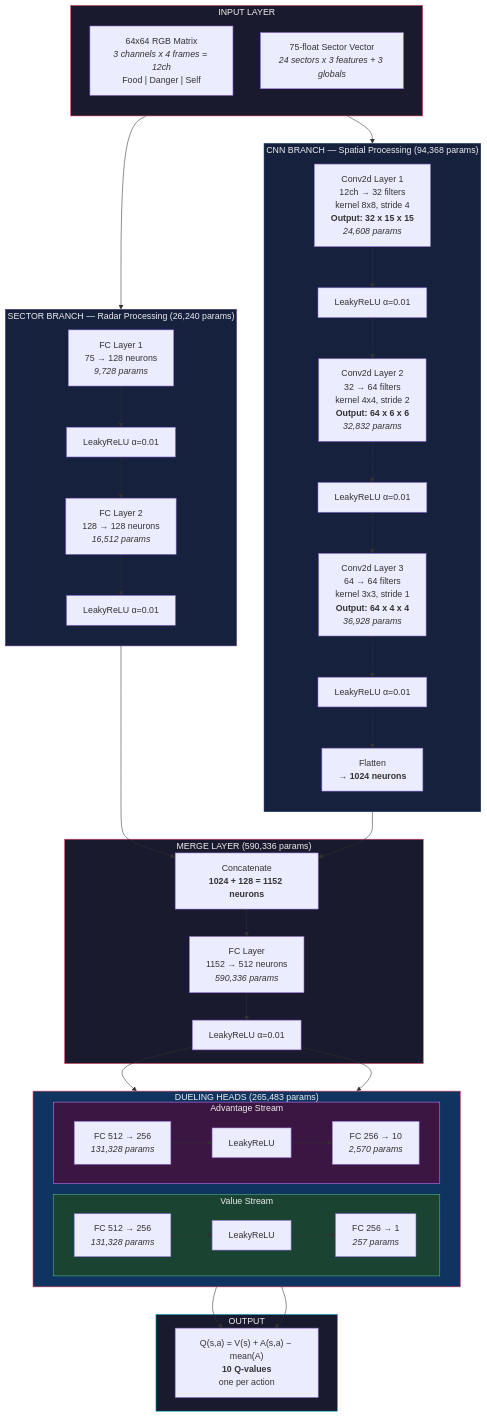
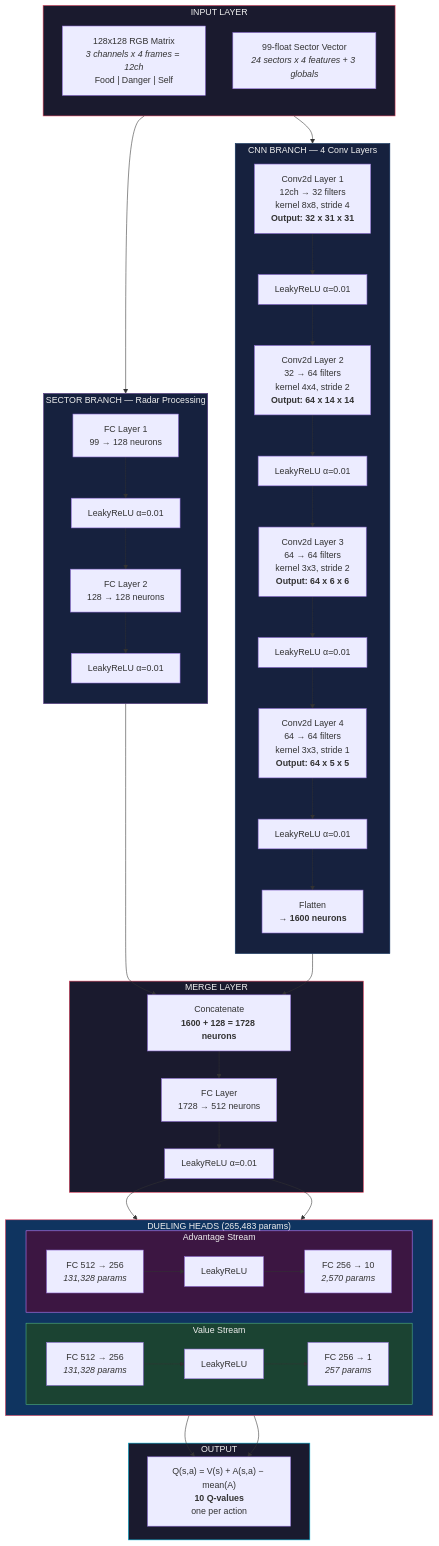
The first of 3 diagrams in gen2/README.md (dzaczek/slbot), drawn with Mermaid before and after one commit. The commit also changed other lines of this file and 11 other files, not shown here.

````diff
--- a/gen2/README.md
+++ b/gen2/README.md
@@ -28,77 +28,79 @@
 ```mermaid
 graph TB
     subgraph INPUT ["INPUT LAYER"]
         direction TB
-        M["64x64 RGB Matrix<br/><i>3 channels x 4 frames = 12ch</i><br/>Food | Danger | Self"]
-        S["75-float Sector Vector<br/><i>24 sectors x 3 features + 3 globals</i>"]
+        M["128x128 RGB Matrix<br/><i>3 channels x 4 frames = 12ch</i><br/>Food | Danger | Self"]
+        S["99-float Sector Vector<br/><i>24 sectors x 4 features + 3 globals</i>"]
     end
 
-    subgraph CNN ["CNN BRANCH — Spatial Processing (94,368 params)"]
+    subgraph CNN ["CNN BRANCH — 4 Conv Layers"]
         direction TB
-        C1["Conv2d Layer 1<br/>12ch → 32 filters<br/>kernel 8x8, stride 4<br/><b>Output: 32 x 15 x 15</b><br/><i>24,608 params</i>"]
+        C1["Conv2d Layer 1<br/>12ch → 32 filters<br/>kernel 8x8, stride 4<br/><b>Output: 32 x 31 x 31</b>"]
         A1["LeakyReLU α=0.01"]
-        C2["Conv2d Layer 2<br/>32 → 64 filters<br/>kernel 4x4, stride 2<br/><b>Output: 64 x 6 x 6</b><br/><i>32,832 params</i>"]
+        C2["Conv2d Layer 2<br/>32 → 64 filters<br/>kernel 4x4, stride 2<br/><b>Output: 64 x 14 x 14</b>"]
         A2["LeakyReLU α=0.01"]
-        C3["Conv2d Layer 3<br/>64 → 64 filters<br/>kernel 3x3, stride 1<br/><b>Output: 64 x 4 x 4</b><br/><i>36,928 params</i>"]
+        C3["Conv2d Layer 3<br/>64 → 64 filters<br/>kernel 3x3, stride 2<br/><b>Output: 64 x 6 x 6</b>"]
         A3["LeakyReLU α=0.01"]
-        FL["Flatten<br/><b>→ 1024 neurons</b>"]
+        C4["Conv2d Layer 4<br/>64 → 64 filters<br/>kernel 3x3, stride 1<br/><b>Output: 64 x 5 x 5</b>"]
+        A4["LeakyReLU α=0.01"]
+        FL["Flatten<br/><b>→ 1600 neurons</b>"]
 
-        C1 --> A1 --> C2 --> A2 --> C3 --> A3 --> FL
+        C1 --> A1 --> C2 --> A2 --> C3 --> A3 --> C4 --> A4 --> FL
     end
 
-    subgraph SEC ["SECTOR BRANCH — Radar Processing (26,240 params)"]
+    subgraph SEC ["SECTOR BRANCH — Radar Processing"]
         direction TB
-        S1["FC Layer 1<br/>75 → 128 neurons<br/><i>9,728 params</i>"]
+        S1["FC Layer 1<br/>99 → 128 neurons"]
         SA1["LeakyReLU α=0.01"]
-        S2["FC Layer 2<br/>128 → 128 neurons<br/><i>16,512 params</i>"]
+        S2["FC Layer 2<br/>128 → 128 neurons"]
         SA2["LeakyReLU α=0.01"]
 
         S1 --> SA1 --> S2 --> SA2
     end
 
-    subgraph MERGE ["MERGE LAYER (590,336 params)"]
-        CAT["Concatenate<br/><b>1024 + 128 = 1152 neurons</b>"]
-        MFC["FC Layer<br/>1152 → 512 neurons<br/><i>590,336 params</i>"]
+    subgraph MERGE ["MERGE LAYER"]
+        CAT["Concatenate<br/><b>1600 + 128 = 1728 neurons</b>"]
+        MFC["FC Layer<br/>1728 → 512 neurons"]
         MA["LeakyReLU α=0.01"]
 
         CAT --> MFC --> MA
     end
 
     subgraph DUELING ["DUELING HEADS (265,483 params)"]
         direction LR
         subgraph VAL ["Value Stream"]
             VFC1["FC 512 → 256<br/><i>131,328 params</i>"]
             VA1["LeakyReLU"]
             VFC2["FC 256 → 1<br/><i>257 params</i>"]
             VFC1 --> VA1 --> VFC2
         end
         subgraph ADV ["Advantage Stream"]
             AFC1["FC 512 → 256<br/><i>131,328 params</i>"]
             AA1["LeakyReLU"]
             AFC2["FC 256 → 10<br/><i>2,570 params</i>"]
             AFC1 --> AA1 --> AFC2
         end
     end
 
     subgraph OUTPUT ["OUTPUT"]
         COMBINE["Q(s,a) = V(s) + A(s,a) − mean(A)<br/><b>10 Q-values</b><br/>one per action"]
     end
 
     M --> C1
     S --> S1
     FL --> CAT
     SA2 --> CAT
     MA --> VFC1
     MA --> AFC1
     VFC2 --> COMBINE
     AFC2 --> COMBINE
 
     style INPUT fill:#1a1a2e,stroke:#e94560,color:#eee
     style CNN fill:#16213e,stroke:#0f3460,color:#eee
     style SEC fill:#16213e,stroke:#533483,color:#eee
     style MERGE fill:#1a1a2e,stroke:#e94560,color:#eee
     style DUELING fill:#0f3460,stroke:#e94560,color:#eee
     style OUTPUT fill:#1a1a2e,stroke:#00b4d8,color:#eee
     style VAL fill:#1b4332,stroke:#52b788,color:#eee
     style ADV fill:#3c1642,stroke:#c77dff,color:#eee
 ```
````
